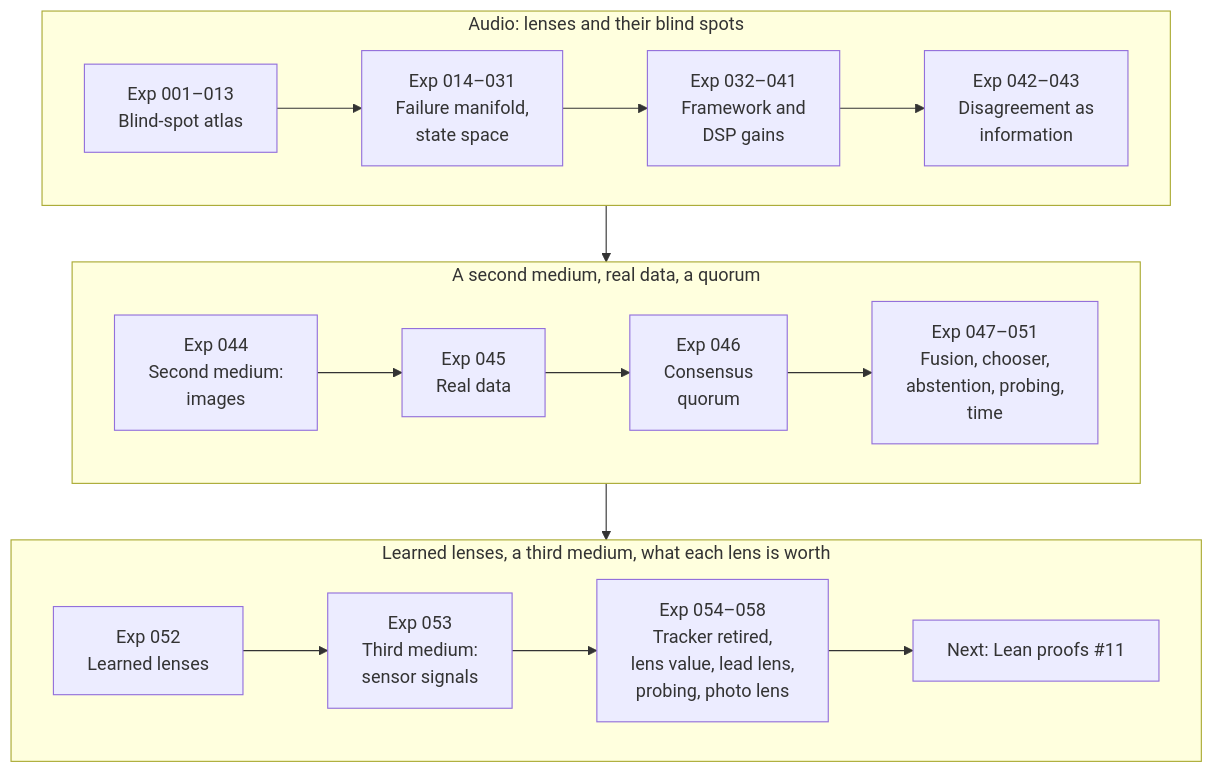
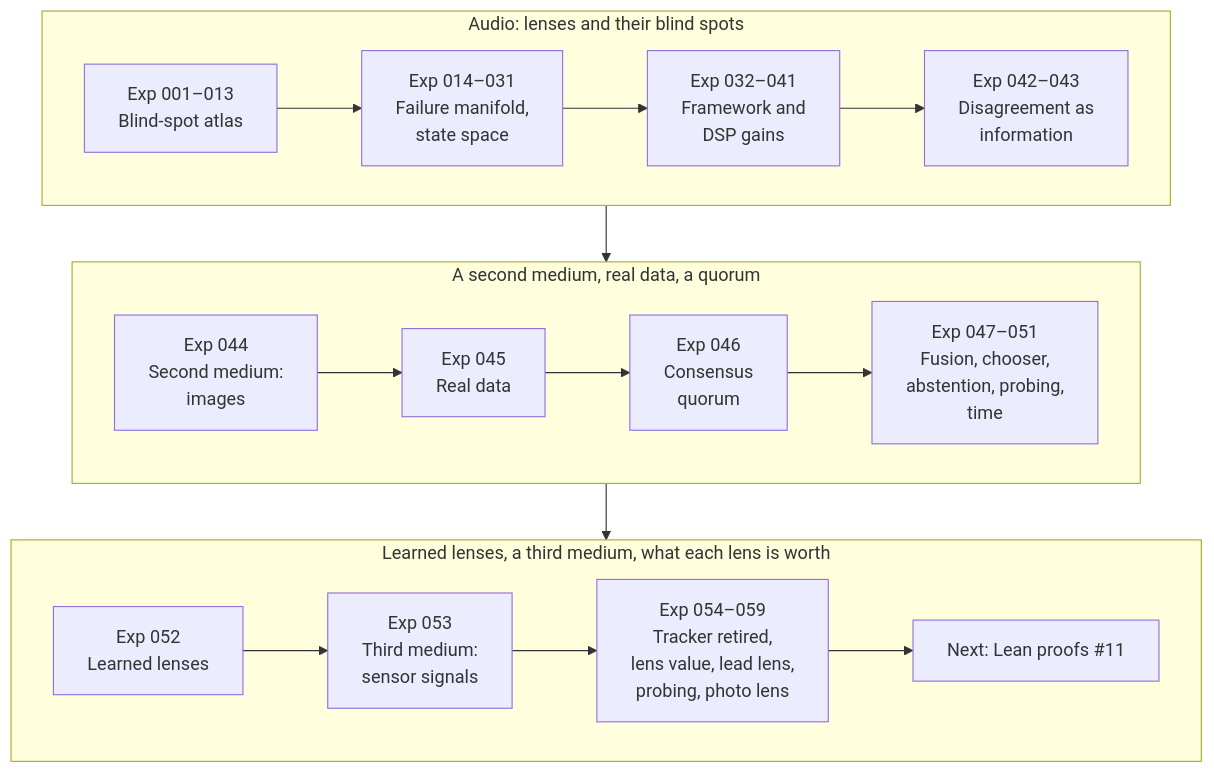
One commit to SpacekidLabs/representation-fragility-lab changed the third of 3 diagrams in README.md. Above: the diagram before and after it, drawn with Mermaid. The commit also changed other lines of this file and 5 other files, not shown here.

First line of the commit message:
Calibrate the photo lens against smooth unoriented input: Exp 059 (closes #35)

````diff
--- a/README.md
+++ b/README.md
@@ -90,22 +90,22 @@
 ```mermaid
 flowchart TB
     subgraph R1["Audio: lenses and their blind spots"]
         direction LR
         A["Exp 001–013<br/>Blind-spot atlas"] --> B["Exp 014–031<br/>Failure manifold,<br/>state space"]
         B --> C["Exp 032–041<br/>Framework and<br/>DSP gains"]
         C --> D["Exp 042–043<br/>Disagreement as<br/>information"]
     end
     subgraph R2["A second medium, real data, a quorum"]
         direction LR
         E["Exp 044<br/>Second medium:<br/>images"] --> G["Exp 045<br/>Real data"]
         G --> H["Exp 046<br/>Consensus<br/>quorum"]
         H --> I["Exp 047–051<br/>Fusion, chooser,<br/>abstention, probing,<br/>time"]
     end
     subgraph R3["Learned lenses, a third medium, what each lens is worth"]
         direction LR
         J["Exp 052<br/>Learned lenses"] --> K["Exp 053<br/>Third medium:<br/>sensor signals"]
-        K --> L["Exp 054–058<br/>Tracker retired,<br/>lens value, lead lens,<br/>probing, photo lens"]
+        K --> L["Exp 054–059<br/>Tracker retired,<br/>lens value, lead lens,<br/>probing, photo lens"]
         L --> F["Next: Lean proofs #11"]
     end
     R1 --> R2 --> R3
 ```
````
